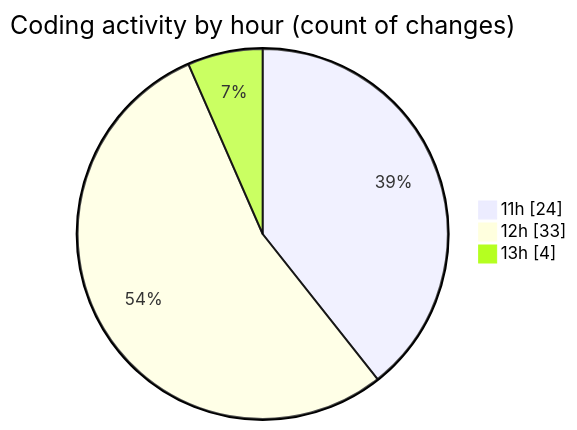
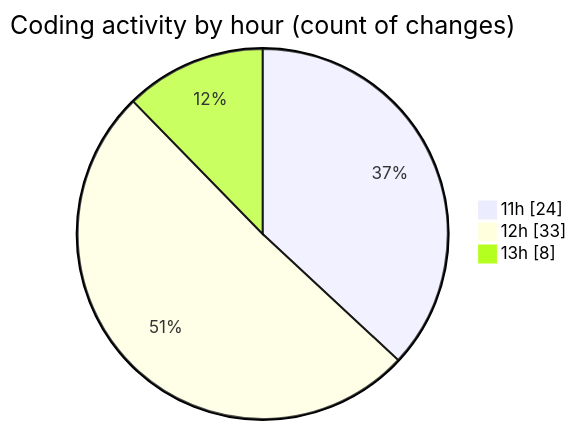
One commit to vahidmafi/code-tracking changed the second of 2 diagrams in 2025-07-21/shop/README.md. Above: the diagram before and after it, drawn with Mermaid. The commit also changed other lines of this file and 1 other file, not shown here.

````diff
--- a/2025-07-21/shop/README.md
+++ b/2025-07-21/shop/README.md
@@ -36,7 +37,7 @@
 ```mermaid
 pie showData
 title Coding activity by hour (count of changes)
 "11h" : 24
 "12h" : 33
-"13h" : 4
+"13h" : 8
 ```
````
